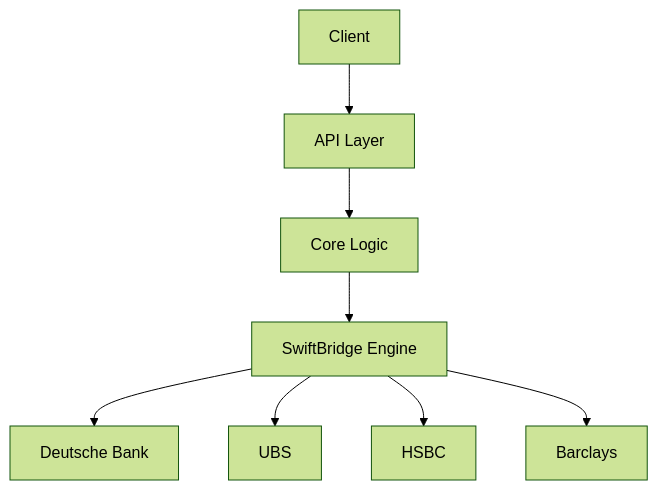
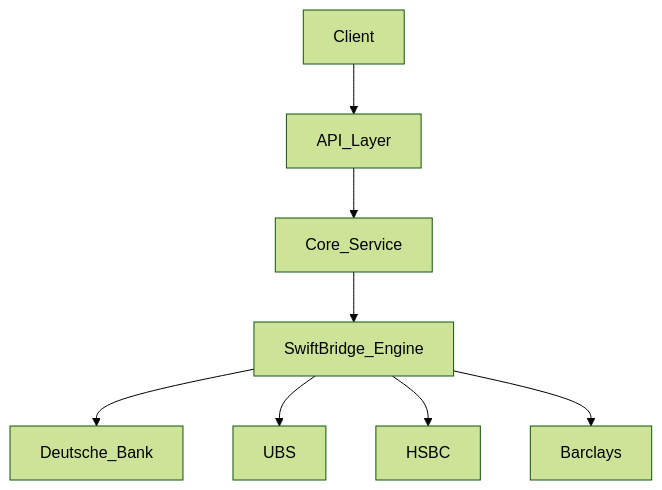
The diagram in README.md (kongali1720/swiftbridge-financial-system), drawn with Mermaid (forest theme) before and after one commit. The commit also changed other lines of this file, not shown here.

````diff
--- a/README.md
+++ b/README.md
@@ -77,11 +58,11 @@
 ```mermaid
 graph TD
-A[Client] --> B[API Layer]
-B --> C[Core Logic]
-C --> D[SwiftBridge Engine]
+Client --> API_Layer
+API_Layer --> Core_Service
+Core_Service --> SwiftBridge_Engine
 
-D --> E[Deutsche Bank]
-D --> F[UBS]
-D --> G[HSBC]
-D --> H[Barclays]
+SwiftBridge_Engine --> Deutsche_Bank
+SwiftBridge_Engine --> UBS
+SwiftBridge_Engine --> HSBC
+SwiftBridge_Engine --> Barclays
 ```
````
